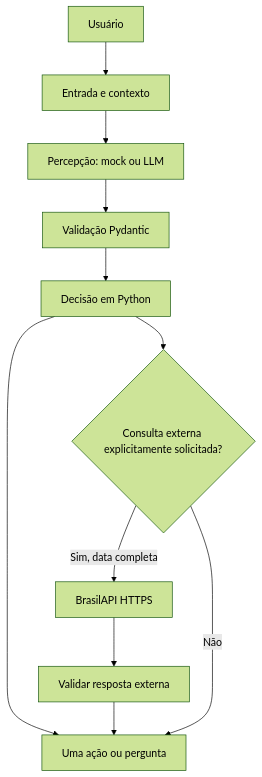
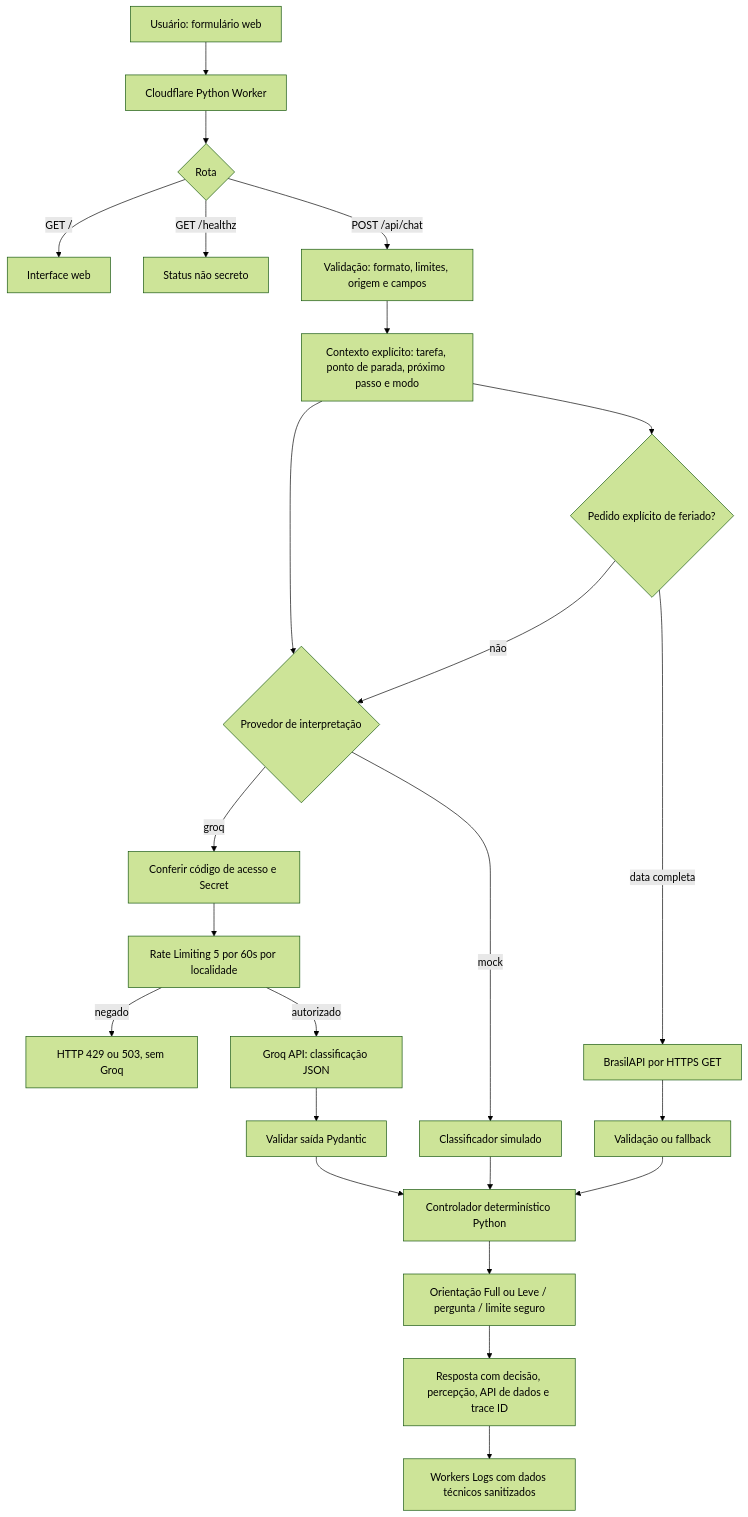
The diagram in docs/ARQUITETURA.md (erikasrcastro/FIO), drawn with Mermaid (forest theme) before and after one commit. The commit also changed other lines of this file and 7 other files, not shown here.

Commit message:
docs(fiap): consolidar arquitetura, roadmap, CI e entrega acadêmica da Fase 3 após deploy v0.5.2

````diff
--- a/docs/ARQUITETURA.md
+++ b/docs/ARQUITETURA.md
@@ -3,13 +7,26 @@
-~~~mermaid
+```mermaid
 flowchart TD
- U[Usuário] --> I[Entrada e contexto]
- I --> P[Percepção: mock ou LLM]
- P --> V[Validação Pydantic]
- V --> D[Decisão em Python]
- D --> A[Uma ação ou pergunta]
- D --> E{Consulta externa explicitamente solicitada?}
- E -->|Sim, data completa| API[BrasilAPI HTTPS]
- API --> V2[Validar resposta externa]
- V2 --> A
- E -->|Não| A
-~~~
+    U[Usuário: formulário web] --> W[Cloudflare Python Worker]
+    W --> H{Rota}
+    H -->|GET /| UI[Interface web]
+    H -->|GET /healthz| HE[Status não secreto]
+    H -->|POST /api/chat| V[Validação: formato, limites, origem e campos]
+    V --> C[Contexto explícito: tarefa, ponto de parada, próximo passo e modo]
+    C --> P{Provedor de interpretação}
+    P -->|mock| M[Classificador simulado]
+    P -->|groq| A[Conferir código de acesso e Secret]
+    A --> RL[Rate Limiting 5 por 60s por localidade]
+    RL -->|negado| F1[HTTP 429 ou 503, sem Groq]
+    RL -->|autorizado| G[Groq API: classificação JSON]
+    G --> VP[Validar saída Pydantic]
+    VP --> D[Controlador determinístico Python]
+    M --> D
+    C --> E{Pedido explícito de feriado?}
+    E -->|data completa| B[BrasilAPI por HTTPS GET]
+    B --> BD[Validação ou fallback]
+    BD --> D
+    E -->|não| P
+    D --> R[Orientação Full ou Leve / pergunta / limite seguro]
+    R --> O[Resposta com decisão, percepção, API de dados e trace ID]
+    O --> LOG[Workers Logs com dados técnicos sanitizados]
+```
````
